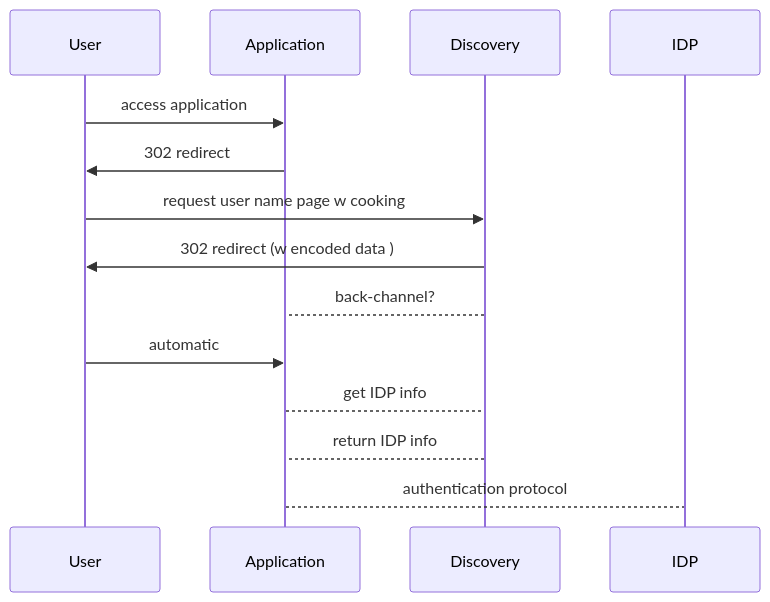
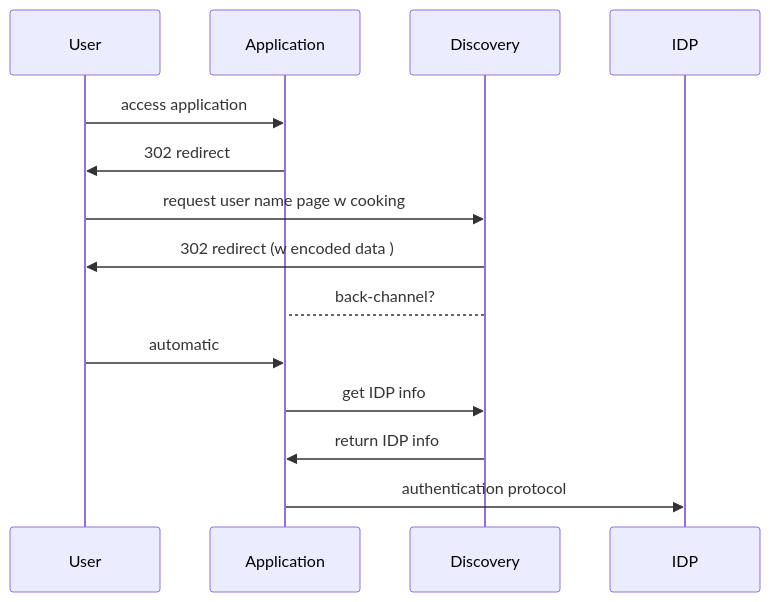
One commit to MarkTechOff/mermaid changed the third of 3 diagrams in readme.md. Above: the diagram before and after it, drawn with Mermaid. The commit also changed other lines of this file, not shown here.

````diff
--- a/readme.md
+++ b/readme.md
@@ -13,16 +16,16 @@
 ```mermaid
 sequenceDiagram
     participant User
     participant Application
     participant Discovery
     participant IDP
     User->>Application : access application 
     Application->>User : 302 redirect 
     User->>Discovery : request user name page w cooking
     Discovery->>User: 302 redirect (w encoded data )
     Discovery-->Application: back-channel?
     User->>Application : automatic
-    Application-->Discovery: get IDP info 
-    Discovery-->Application: return IDP info
-    Application-->IDP : authentication protocol
+    Application->>Discovery: get IDP info 
+    Discovery->>Application: return IDP info
+    Application->>IDP : authentication protocol
 ```
````
